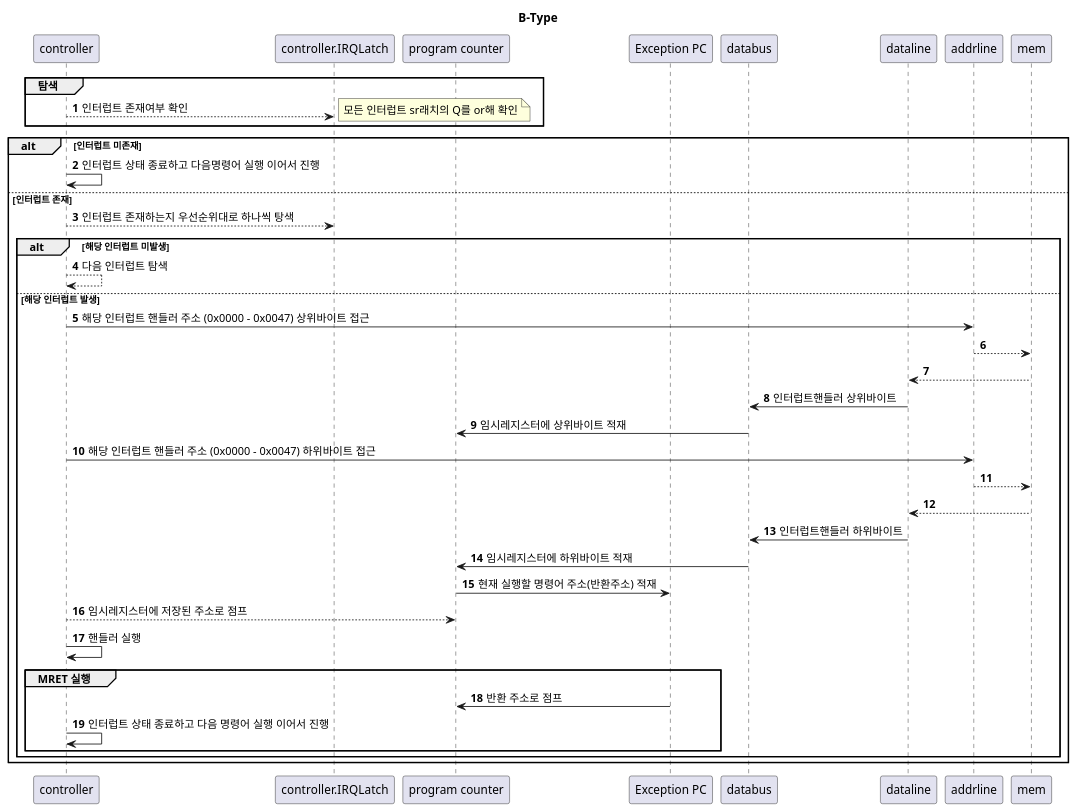
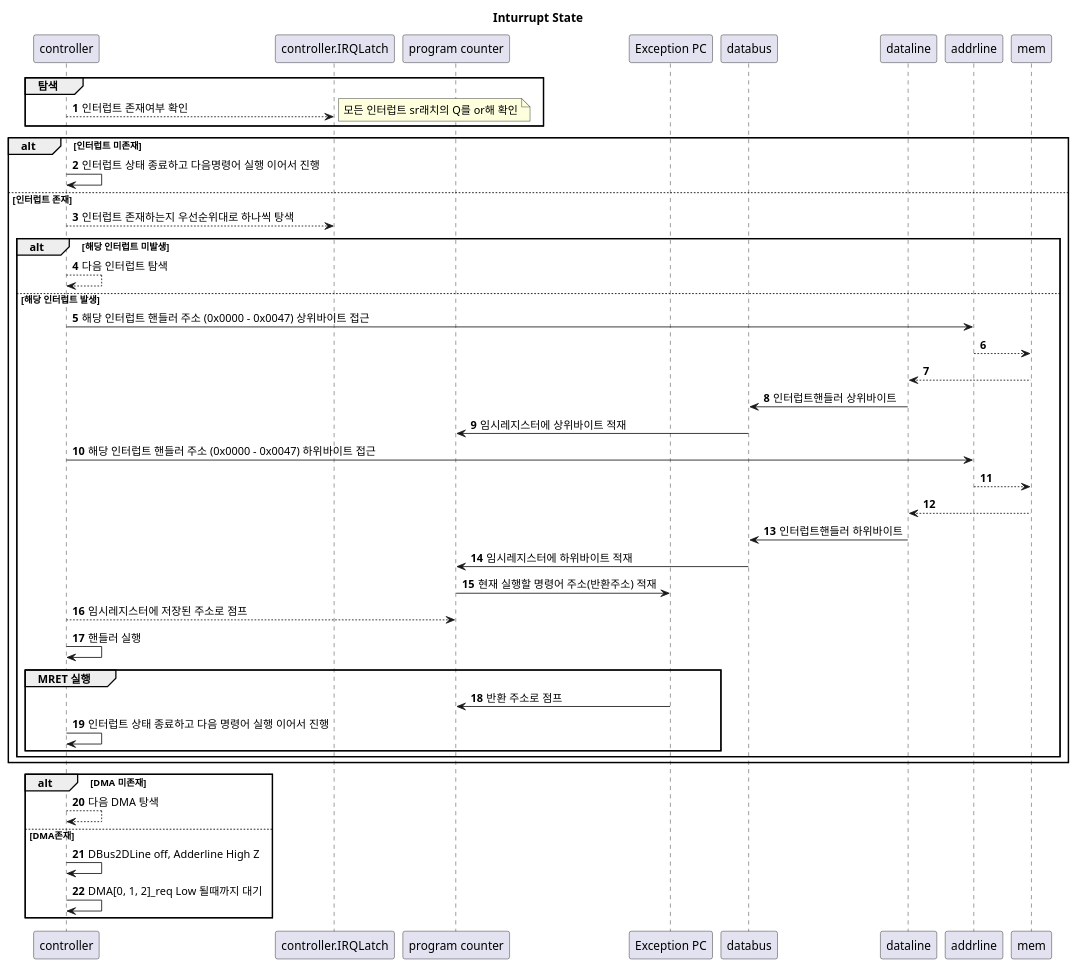
One commit to BeomjunKim-3p/wach changed the diagram in wa824/docs/core/I/WA824IInterruptState.puml. Above: the diagram before and after it, drawn with PlantUML. The commit also changed 6 other files, not shown here.

Commit message:
Docs: fix control flow

```diff
--- a/wa824/docs/core/I/WA824IInterruptState.puml
+++ b/wa824/docs/core/I/WA824IInterruptState.puml
@@ -1,45 +1,51 @@
 @startuml
-title B-Type
+title Inturrupt State
 autonumber
 participant controller             as ct
 participant "controller.IRQLatch"  as ir
 participant "program counter"      as pc
 participant "Exception PC"         as epc
 participant databus                as db
 participant dataline               as dl
 participant addrline               as ad
 participant mem                    as me
 
 group 탐색
   ct --> ir : 인터럽트 존재여부 확인
   note right: 모든 인터럽트 sr래치의 Q를 or해 확인
 end
 
 alt 인터럽트 미존재
   ct -> ct : 인터럽트 상태 종료하고 다음명령어 실행 이어서 진행
 else 인터럽트 존재
   ct --> ir : 인터럽트 존재하는지 우선순위대로 하나씩 탕색
   alt 해당 인터럽트 미발생
     ct --> ct: 다음 인터럽트 탐색
   else 해당 인터럽트 발생
     ct -> ad : 해당 인터럽트 핸들러 주소 (0x0000 - 0x0047) 상위바이트 접근
     ad --> me
     me --> dl
     dl -> db : 인터럽트핸들러 상위바이트
     db -> pc : 임시레지스터에 상위바이트 적재
     ct -> ad : 해당 인터럽트 핸들러 주소 (0x0000 - 0x0047) 하위바이트 접근
     ad --> me
     me --> dl
     dl -> db : 인터럽트핸들러 하위바이트
     db -> pc : 임시레지스터에 하위바이트 적재
     pc -> epc : 현재 실행할 명령어 주소(반환주소) 적재
     ct --> pc : 임시레지스터에 저장된 주소로 점프
     ct -> ct : 핸들러 실행
     group MRET 실행
       epc -> pc : 반환 주소로 점프
       ct -> ct : 인터럽트 상태 종료하고 다음 명령어 실행 이어서 진행
     end
   end
 end
+alt DMA 미존재
+  ct --> ct : 다음 DMA 탕색
+else DMA존재
+  ct -> ct : DBus2DLine off, Adderline High Z
+  ct -> ct : DMA[0, 1, 2]_req Low 될때까지 대기
+end
 
 @enduml
```
